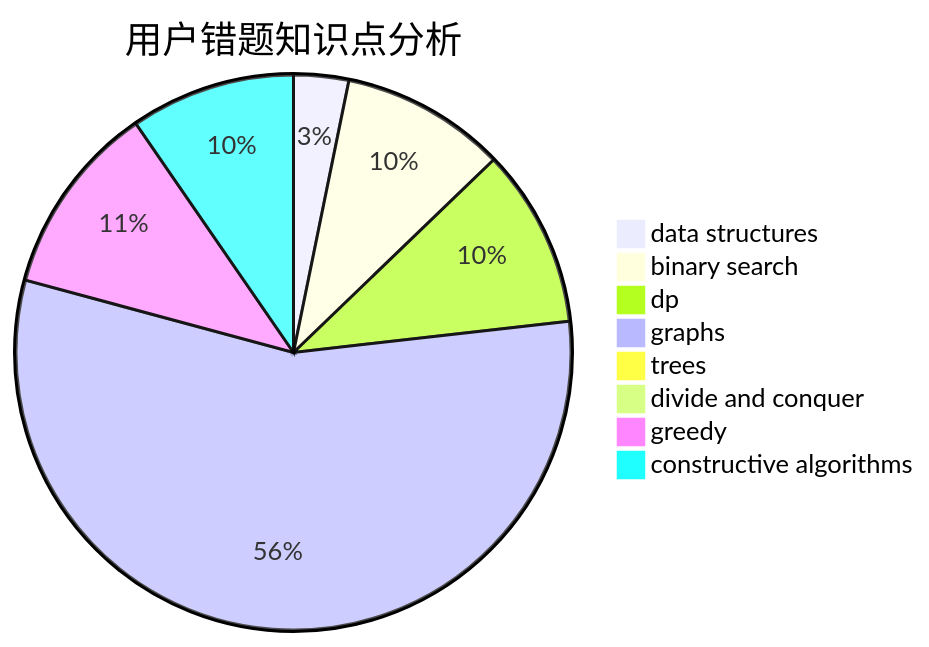
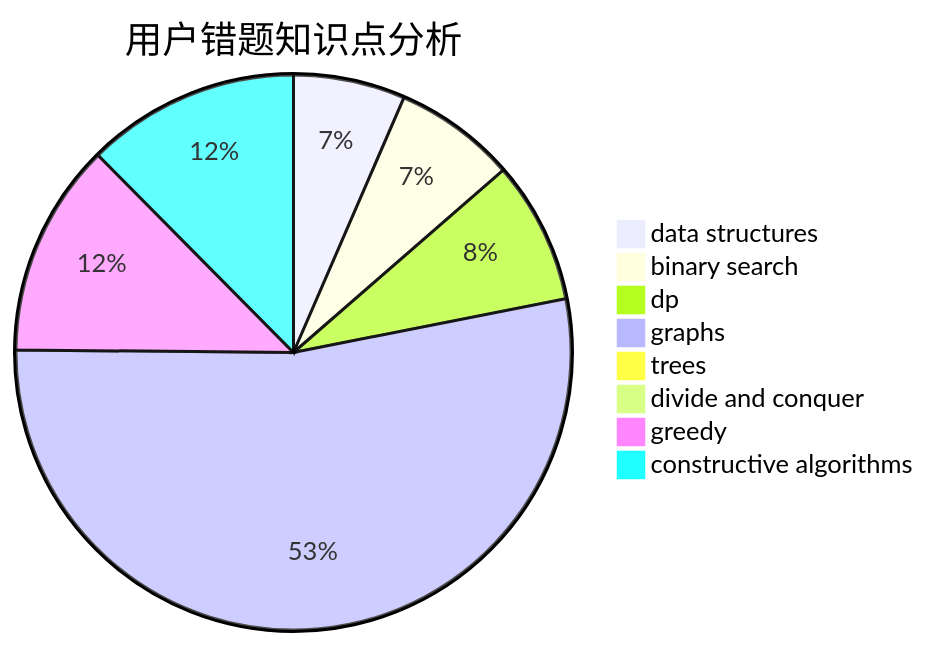
Before and after one commit to sherpahu/cfrs.github.io: the third of 3 diagrams in docs/user/u230.md, drawn with Mermaid. The commit also changed other lines of this file and 2770 other files, not shown here.

````diff
--- a/docs/user/u230.md
+++ b/docs/user/u230.md
@@ -36,11 +36,11 @@
 ```mermaid
 pie title 用户错题知识点分析
-    "data structures" :  4
+    "data structures" :  11
     "binary search" :  12
-    "dp" :  13
-    "graphs" :  70
+    "dp" :  14
+    "graphs" :  90
     "trees" :  0
     "divide and conquer" :  0
-    "greedy" :  14
-    "constructive algorithms" :  12
+    "greedy" :  21
+    "constructive algorithms" :  21
 ```
````
